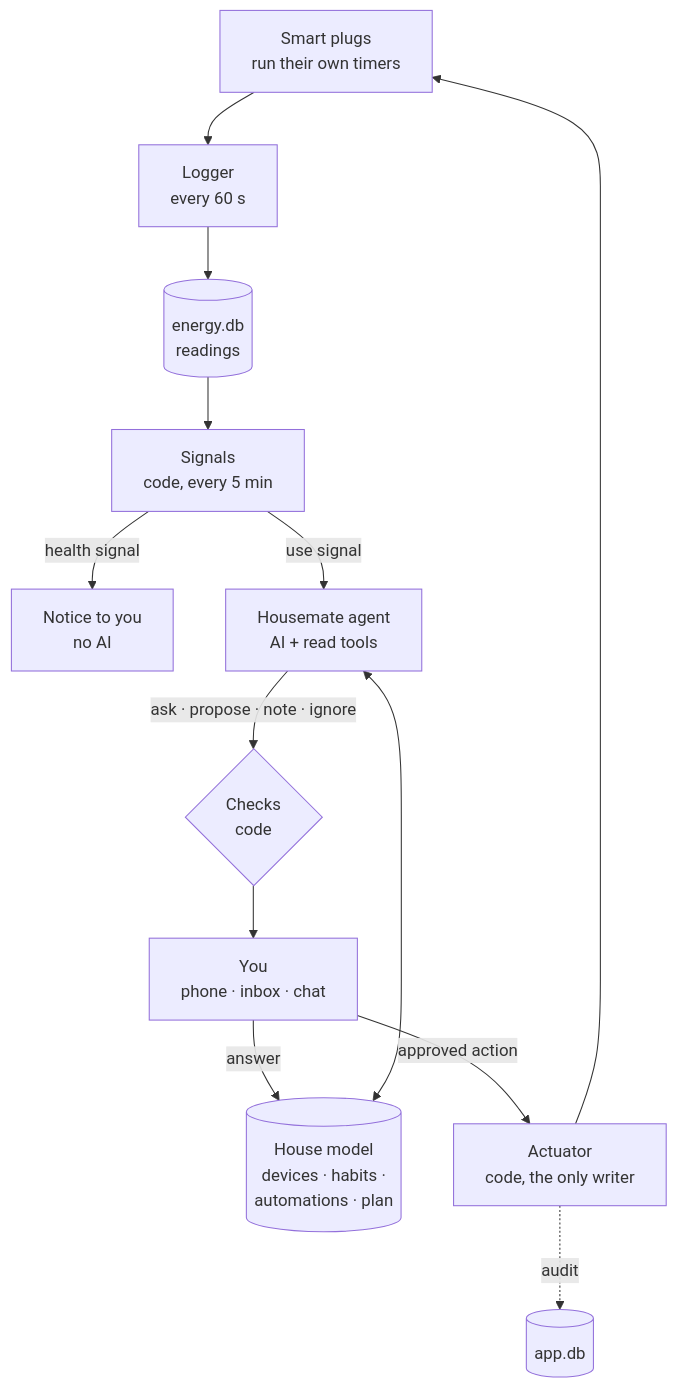
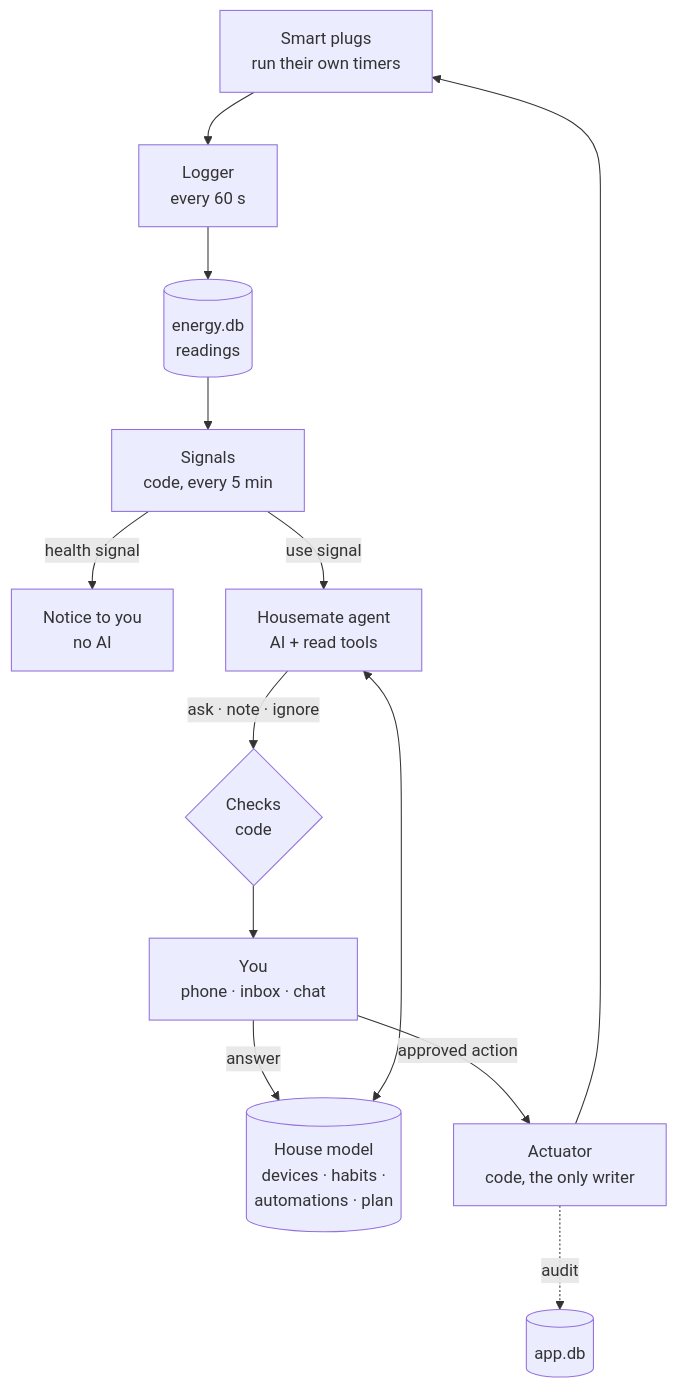
One commit to PaSathees/agentc-edge changed the first of 2 diagrams in docs/design.md. Above: the diagram before and after it, drawn with Mermaid. The commit also changed other lines of this file and 14 other files, not shown here.

````diff
--- a/docs/design.md
+++ b/docs/design.md
@@ -45,13 +45,13 @@
 ```mermaid
 flowchart TB
   P["Smart plugs<br/>run their own timers"] --> L["Logger<br/>every 60 s"] --> E[("energy.db<br/>readings")]
   E --> S["Signals<br/>code, every 5 min"]
   S -- "health signal" --> N["Notice to you<br/>no AI"]
   S -- "use signal" --> A["Housemate agent<br/>AI + read tools"]
   H[("House model<br/>devices · habits ·<br/>automations · plan")] <--> A
-  A -- "ask · propose · note · ignore" --> C{"Checks<br/>code"}
+  A -- "ask · note · ignore" --> C{"Checks<br/>code"}
   C --> O["You<br/>phone · inbox · chat"]
   O -- "answer" --> H
   O -- "approved action" --> X["Actuator<br/>code, the only writer"] --> P
   X -. "audit" .-> DB[("app.db")]
 ```
````
